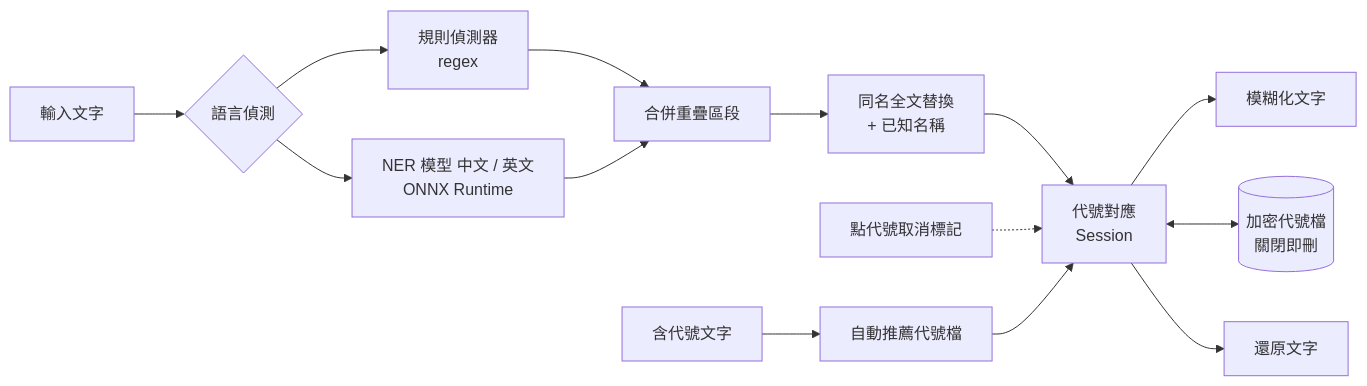
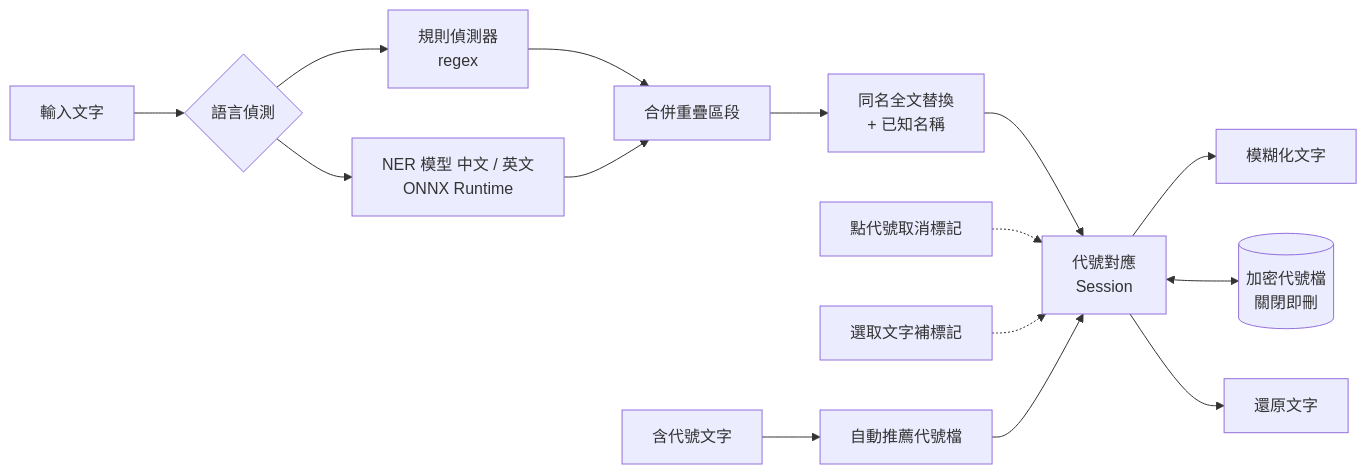
Before and after one commit to AquilaWei/DataFuzzy: the diagram in README.md, drawn with Mermaid. The commit also changed other lines of this file and 3 other files, not shown here.

````diff
--- a/README.md
+++ b/README.md
@@ -98,16 +102,17 @@
 ```mermaid
 flowchart LR
     A[輸入文字] --> B{語言偵測}
     B --> C[規則偵測器<br/>regex]
     B --> D[NER 模型 中文 / 英文<br/>ONNX Runtime]
     C --> E[合併重疊區段]
     D --> E
     E --> K[同名全文替換<br/>+ 已知名稱]
     K --> F[代號對應<br/>Session]
     F --> G[模糊化文字]
     F <--> H[(加密代號檔<br/>關閉即刪)]
     L[點代號取消標記] -.-> F
+    M[選取文字補標記] -.-> F
     I[含代號文字] --> R[自動推薦代號檔]
     R --> F
     F --> J[還原文字]
 ```
````
